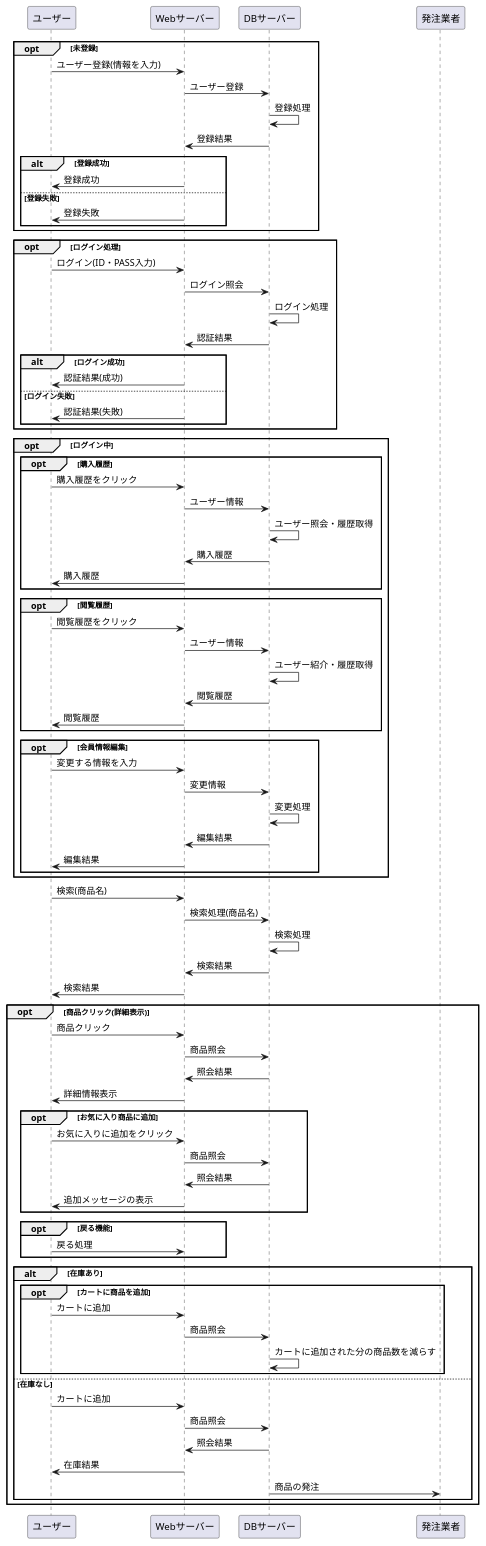
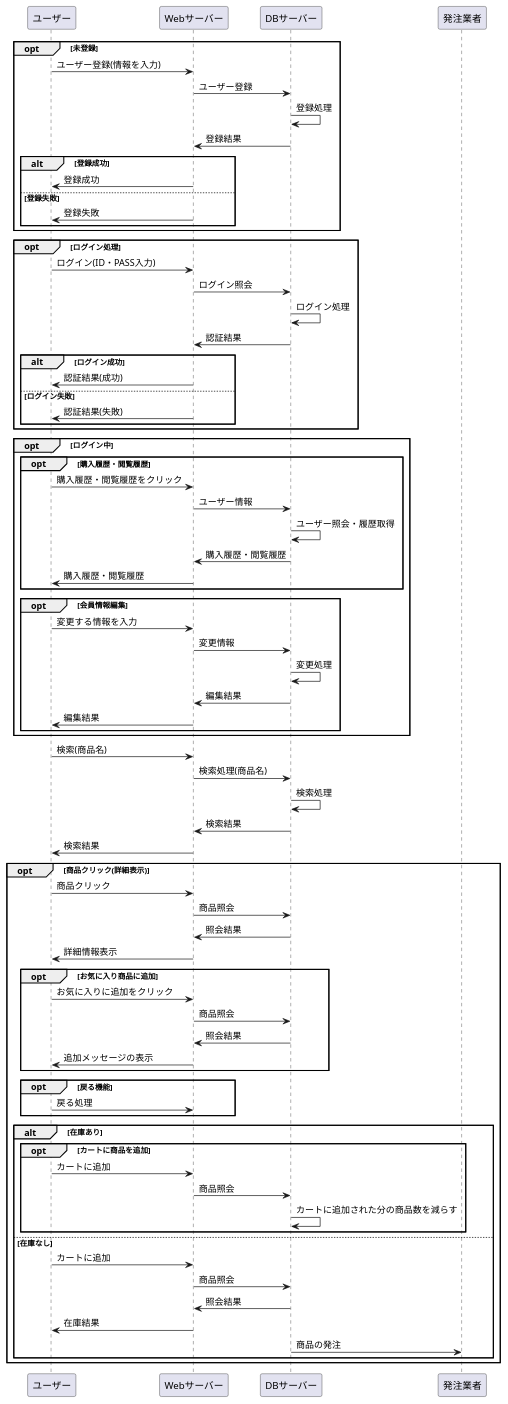
Before and after one commit to Aso2001163/2021sys-design-2: the diagram in システム開発/業務フロー.md, drawn with PlantUML.

```diff
--- a/システム開発/業務フロー.md
+++ b/システム開発/業務フロー.md
@@ -31,20 +31,12 @@
 
 opt ログイン中
 
-opt 購入履歴
-ユーザー -> Webサーバー : 購入履歴をクリック
+opt 購入履歴・閲覧履歴
+ユーザー -> Webサーバー : 購入履歴・閲覧履歴をクリック
 Webサーバー -> DBサーバー :ユーザー情報
 DBサーバー -> DBサーバー : ユーザー照会・履歴取得
-DBサーバー -> Webサーバー : 購入履歴
-Webサーバー -> ユーザー : 購入履歴
-end
-
-opt 閲覧履歴
-ユーザー -> Webサーバー : 閲覧履歴をクリック
-Webサーバー -> DBサーバー :ユーザー情報
-DBサーバー -> DBサーバー : ユーザー紹介・履歴取得
-DBサーバー -> Webサーバー : 閲覧履歴
-Webサーバー -> ユーザー : 閲覧履歴
+DBサーバー -> Webサーバー : 購入履歴・閲覧履歴
+Webサーバー -> ユーザー : 購入履歴・閲覧履歴
 end
 
 opt 会員情報編集
```
